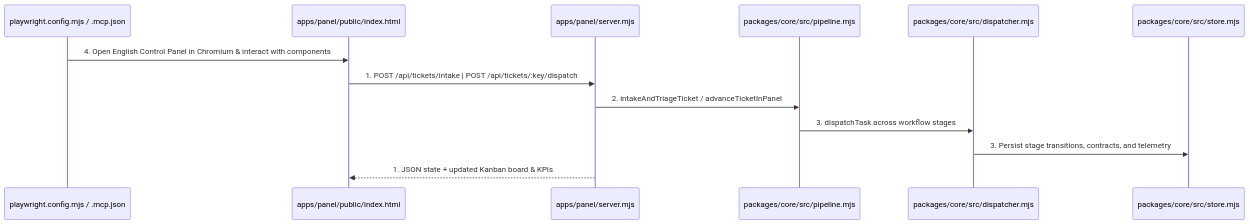
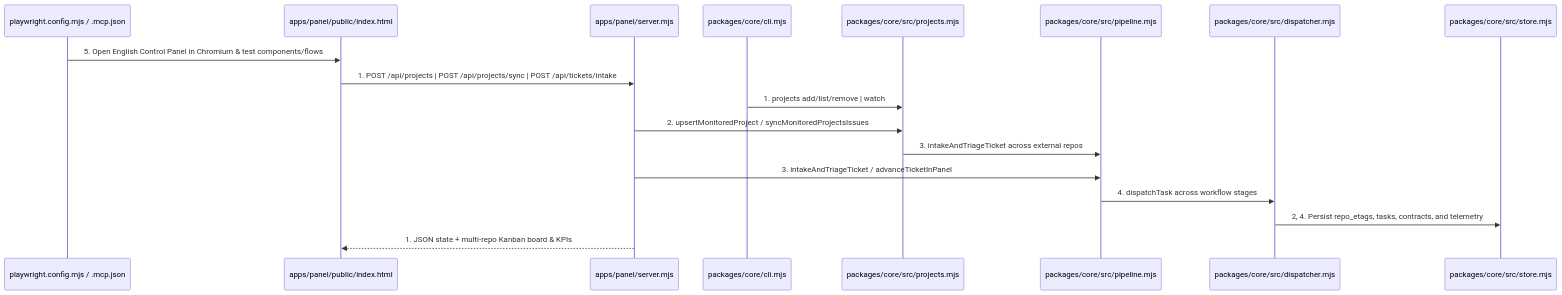
The first of 2 diagrams in .specs/features/playwright-e2e-and-ticket-matrix/plan.md (brenoacker/agentic-factory), drawn with Mermaid before and after one commit. The commit also changed other lines of this file and 10 other files, not shown here.

Commit message:
feat(projects): add multi-repository issue monitoring and UI/CLI controls

````diff
--- a/.specs/features/playwright-e2e-and-ticket-matrix/plan.md
+++ b/.specs/features/playwright-e2e-and-ticket-matrix/plan.md
@@ -20,15 +21,20 @@
 ```mermaid
 sequenceDiagram
     participant PW as playwright.config.mjs / .mcp.json
     participant UI as apps/panel/public/index.html
     participant Srv as apps/panel/server.mjs
+    participant CLI as packages/core/cli.mjs
+    participant Proj as packages/core/src/projects.mjs
     participant Pipe as packages/core/src/pipeline.mjs
     participant Dis as packages/core/src/dispatcher.mjs
     participant DB as packages/core/src/store.mjs
-    PW->>UI: 4. Open English Control Panel in Chromium & interact with components
-    UI->>Srv: 1. POST /api/tickets/intake | POST /api/tickets/:key/dispatch
-    Srv->>Pipe: 2. intakeAndTriageTicket / advanceTicketInPanel
-    Pipe->>Dis: 3. dispatchTask across workflow stages
-    Dis->>DB: 3. Persist stage transitions, contracts, and telemetry
-    Srv-->>UI: 1. JSON state + updated Kanban board & KPIs
+    PW->>UI: 5. Open English Control Panel in Chromium & test components/flows
+    UI->>Srv: 1. POST /api/projects | POST /api/projects/sync | POST /api/tickets/intake
+    CLI->>Proj: 1. projects add/list/remove | watch
+    Srv->>Proj: 2. upsertMonitoredProject / syncMonitoredProjectsIssues
+    Proj->>Pipe: 3. intakeAndTriageTicket across external repos
+    Srv->>Pipe: 3. intakeAndTriageTicket / advanceTicketInPanel
+    Pipe->>Dis: 4. dispatchTask across workflow stages
+    Dis->>DB: 2, 4. Persist repo_etags, tasks, contracts, and telemetry
+    Srv-->>UI: 1. JSON state + multi-repo Kanban board & KPIs
 ```
````
